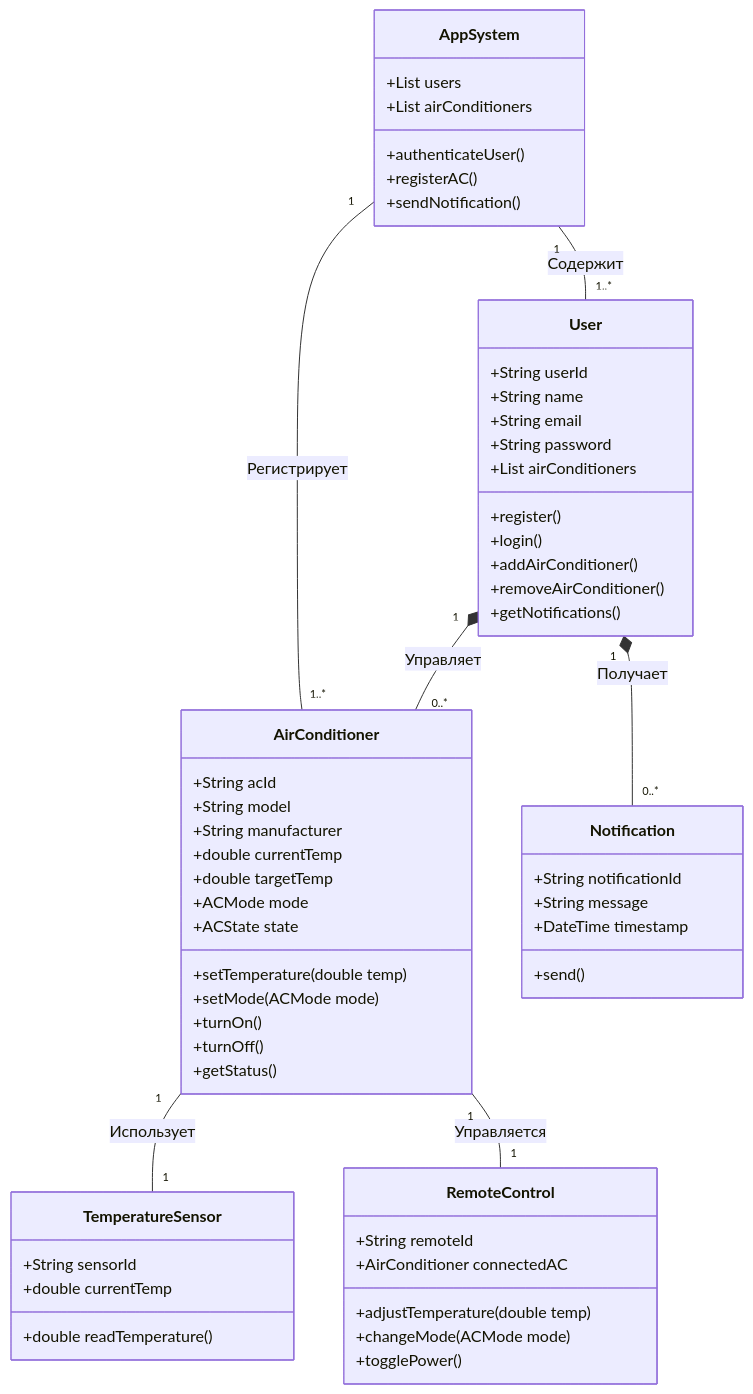
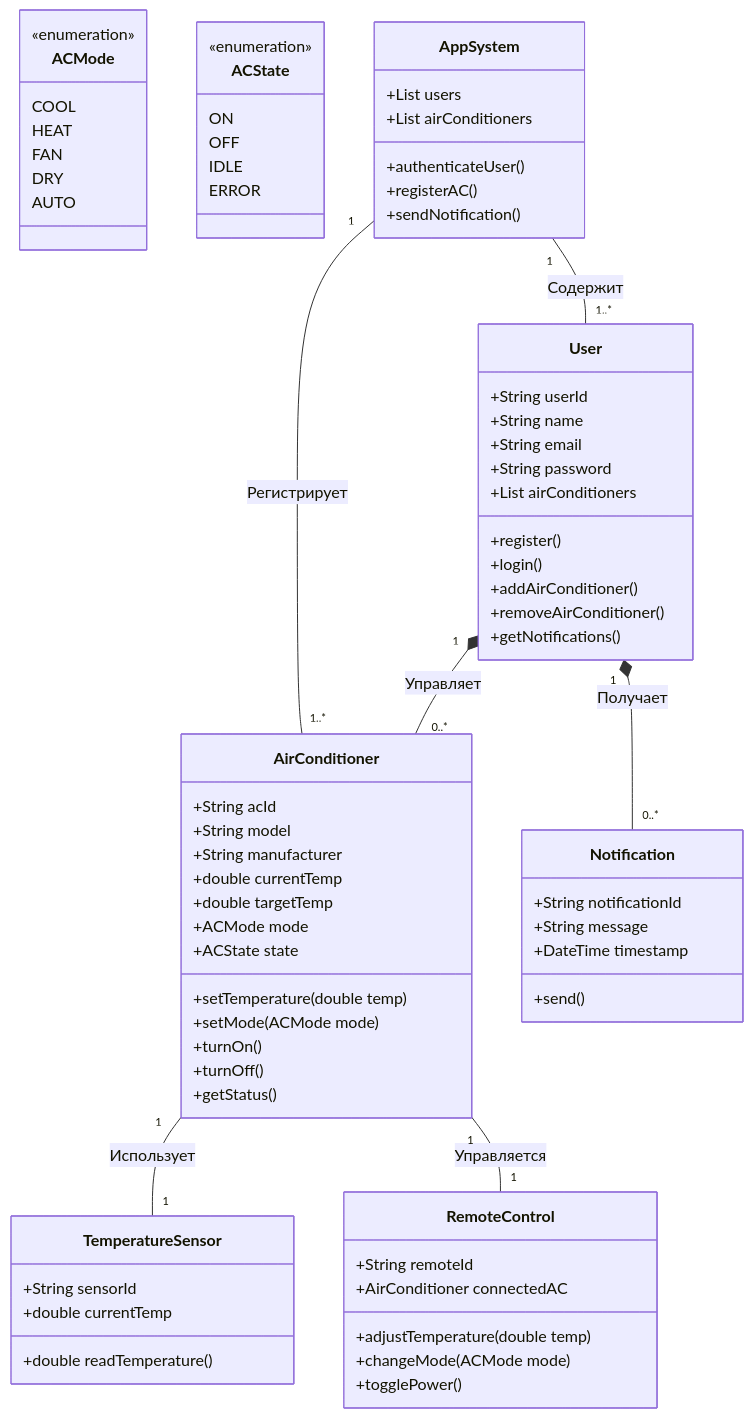
One commit to diazzik/project-practice changed the diagram in kk.md. Above: the diagram before and after it, drawn with Mermaid.

```diff
--- a/kk.md
+++ b/kk.md
@@ -26,6 +26,23 @@
         +turnOn()
         +turnOff()
         +getStatus()
+    }
+
+   class ACMode {
+        <<enumeration>>
+        COOL
+        HEAT
+        FAN
+        DRY
+        AUTO
+    }
+
+    class ACState {
+        <<enumeration>>
+        ON
+        OFF
+        IDLE
+        ERROR
     }
 
     class Notification {
```
